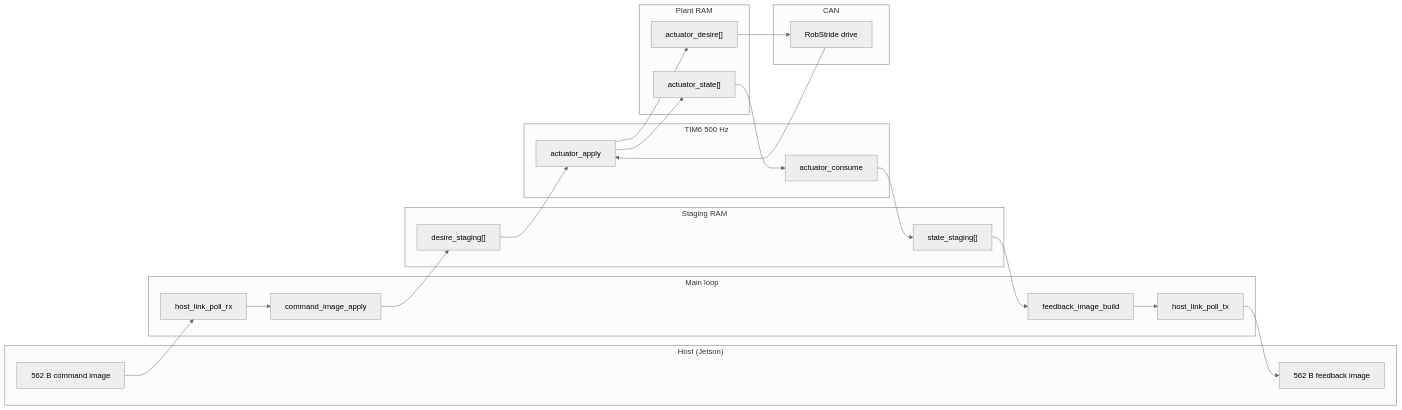
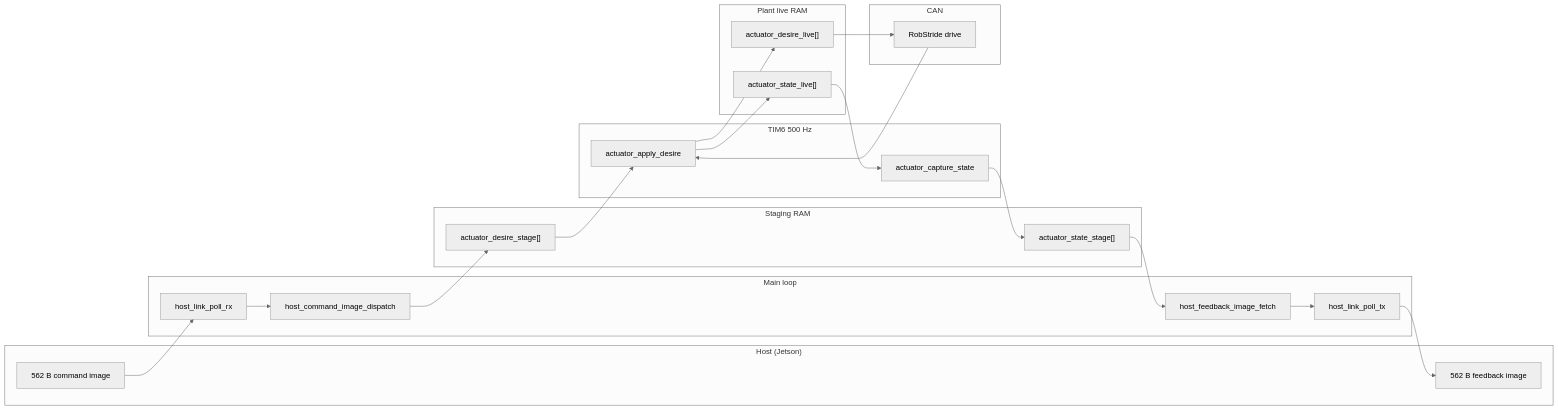
The diagram in docs/architecture.md (lontans/Deft_Robo_Controls), drawn with Mermaid (neutral theme) before and after one commit. The commit also changed other lines of this file and 67 other files, not shown here.

Commit message:
host-plant naming restructure, hierarchy synthesized

````diff
--- a/docs/architecture.md
+++ b/docs/architecture.md
@@ -16,38 +25,38 @@
 ```mermaid
 flowchart LR
   subgraph host["Host (Jetson)"]
     CMD["562 B command image"]
     FB["562 B feedback image"]
   end
 
   subgraph main["Main loop"]
     HL_RX["host_link_poll_rx"]
     HL_TX["host_link_poll_tx"]
-    APPLY["command_image_apply"]
-    BUILD["feedback_image_build"]
+    DISPATCH["host_command_image_dispatch"]
+    FETCH["host_feedback_image_fetch"]
   end
 
   subgraph staging["Staging RAM"]
-    DS["desire_staging[]"]
-    SS["state_staging[]"]
+    DS["actuator_desire_stage[]"]
+    SS["actuator_state_stage[]"]
   end
 
   subgraph tim6["TIM6 500 Hz"]
-    AP["actuator_apply"]
-    CO["actuator_consume"]
+    APPLY["actuator_apply_desire"]
+    CAP["actuator_capture_state"]
   end
 
-  subgraph plant["Plant RAM"]
-    AD["actuator_desire[]"]
-    AS["actuator_state[]"]
+  subgraph plant["Plant live RAM"]
+    AD["actuator_desire_live[]"]
+    AS["actuator_state_live[]"]
   end
 
   subgraph can["CAN"]
     MOTOR["RobStride drive"]
   end
 
-  CMD --> HL_RX --> APPLY --> DS
-  DS --> AP --> AD --> MOTOR
-  MOTOR --> AP --> AS --> CO --> SS
-  SS --> BUILD --> HL_TX --> FB
+  CMD --> HL_RX --> DISPATCH --> DS
+  DS --> APPLY --> AD --> MOTOR
+  MOTOR --> APPLY --> AS --> CAP --> SS
+  SS --> FETCH --> HL_TX --> FB
 ```
````
